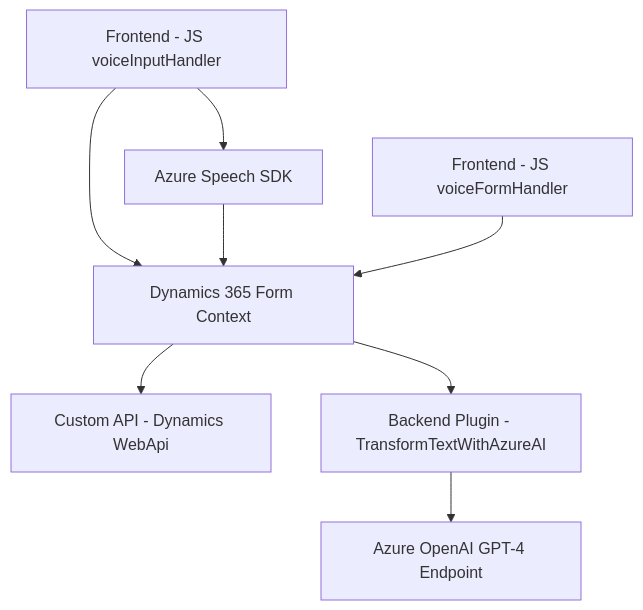
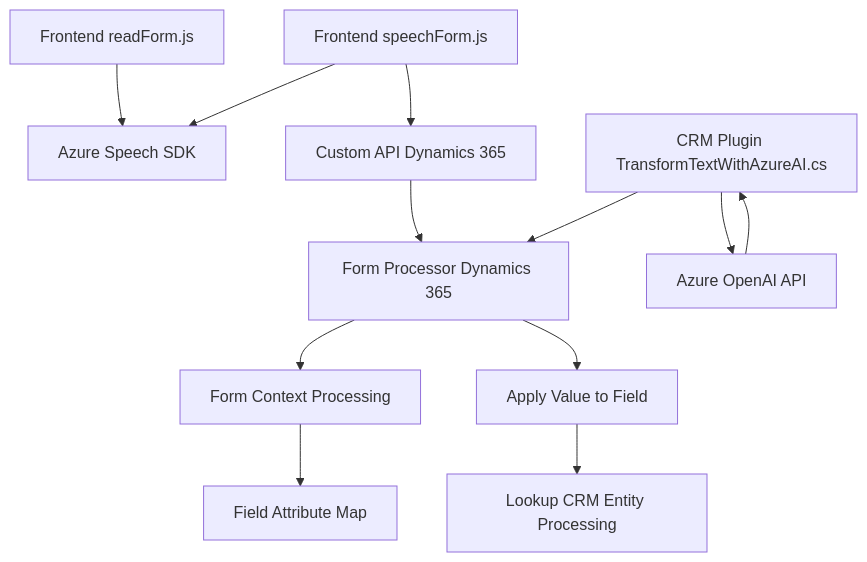
The diagram in README.md (blopezdm/NETCORE_BILBAO2025), drawn with Mermaid before and after one commit. The commit also changed other lines of this file, not shown here.

````diff
--- a/README.md
+++ b/README.md
@@ -40,10 +48,14 @@
 ```mermaid
 graph TD
-  A["Frontend - JS voiceInputHandler"] --> B["Azure Speech SDK"]
-  A --> C["Dynamics 365 Form Context"]
-  B --> C
-  C --> D["Custom API - Dynamics WebApi"]
-  E["Frontend - JS voiceFormHandler"] --> C
-  F["Backend Plugin - TransformTextWithAzureAI"] --> G["Azure OpenAI GPT-4 Endpoint"]
-  C --> F
+    A[Frontend readForm.js] --> B[Azure Speech SDK]
+    C[Frontend speechForm.js] --> B[Azure Speech SDK]
+    C --> D[Custom API Dynamics 365]
+    D --> E[Form Processor Dynamics 365]
+    E --> F["Form Context Processing"]
+    F --> G["Field Attribute Map"]
+    E --> H["Apply Value to Field"]
+    H --> I["Lookup CRM Entity Processing"]
+    J[CRM Plugin TransformTextWithAzureAI.cs] --> K[Azure OpenAI API]
+    K --> J
+    J --> E
 ```
````
